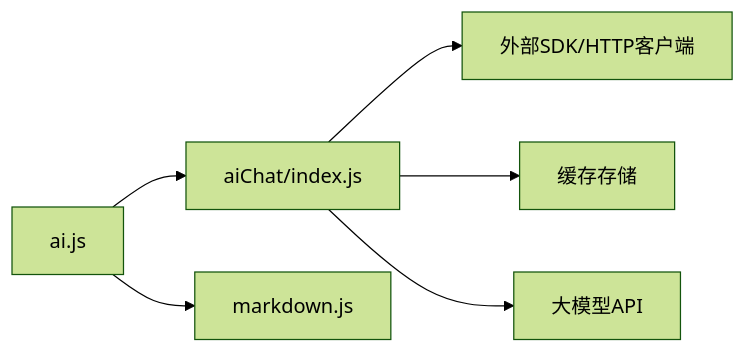
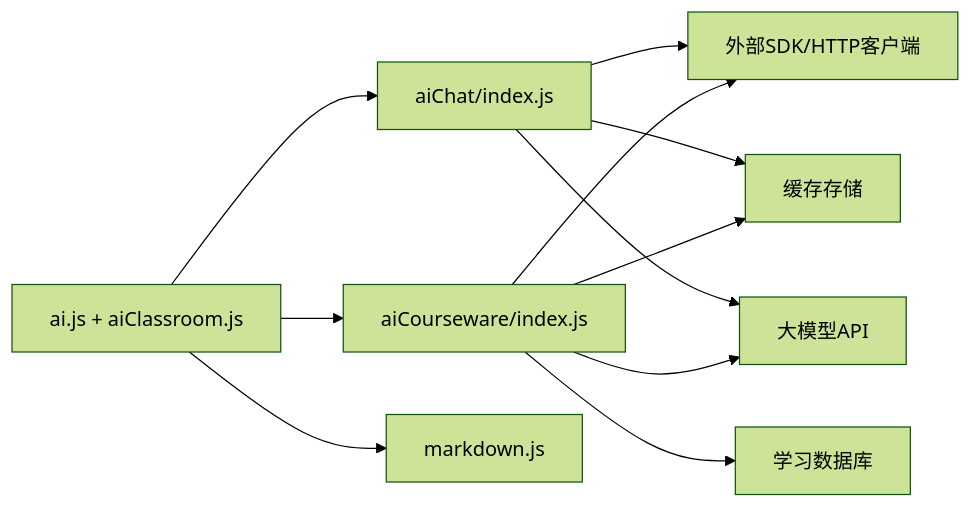
Diagram 12 of 12 in .qoder/repowiki/zh/content/核心功能模块/AI智能助手.md (cwb7756/bio), drawn with Mermaid (forest theme) before and after one commit. The commit also changed other lines of this file and 45 other files, not shown here.

````diff
--- a/.qoder/repowiki/zh/content/核心功能模块/AI智能助手.md
+++ b/.qoder/repowiki/zh/content/核心功能模块/AI智能助手.md
@@ -346,8 +543,13 @@
 ```mermaid
 graph LR
-Front["ai.js"] --> Cloud["aiChat/index.js"]
+Front["ai.js + aiClassroom.js"] --> Cloud1["aiChat/index.js"]
+Front --> Cloud2["aiCourseware/index.js"]
 Front --> MD["markdown.js"]
-Cloud --> SDK["外部SDK/HTTP客户端"]
-Cloud --> Cache["缓存存储"]
-Cloud --> LLM["大模型API"]
+Cloud1 --> SDK["外部SDK/HTTP客户端"]
+Cloud1 --> Cache["缓存存储"]
+Cloud1 --> LLM["大模型API"]
+Cloud2 --> SDK
+Cloud2 --> Cache
+Cloud2 --> LLM
+Cloud2 --> DB["学习数据库"]
 ```
````
